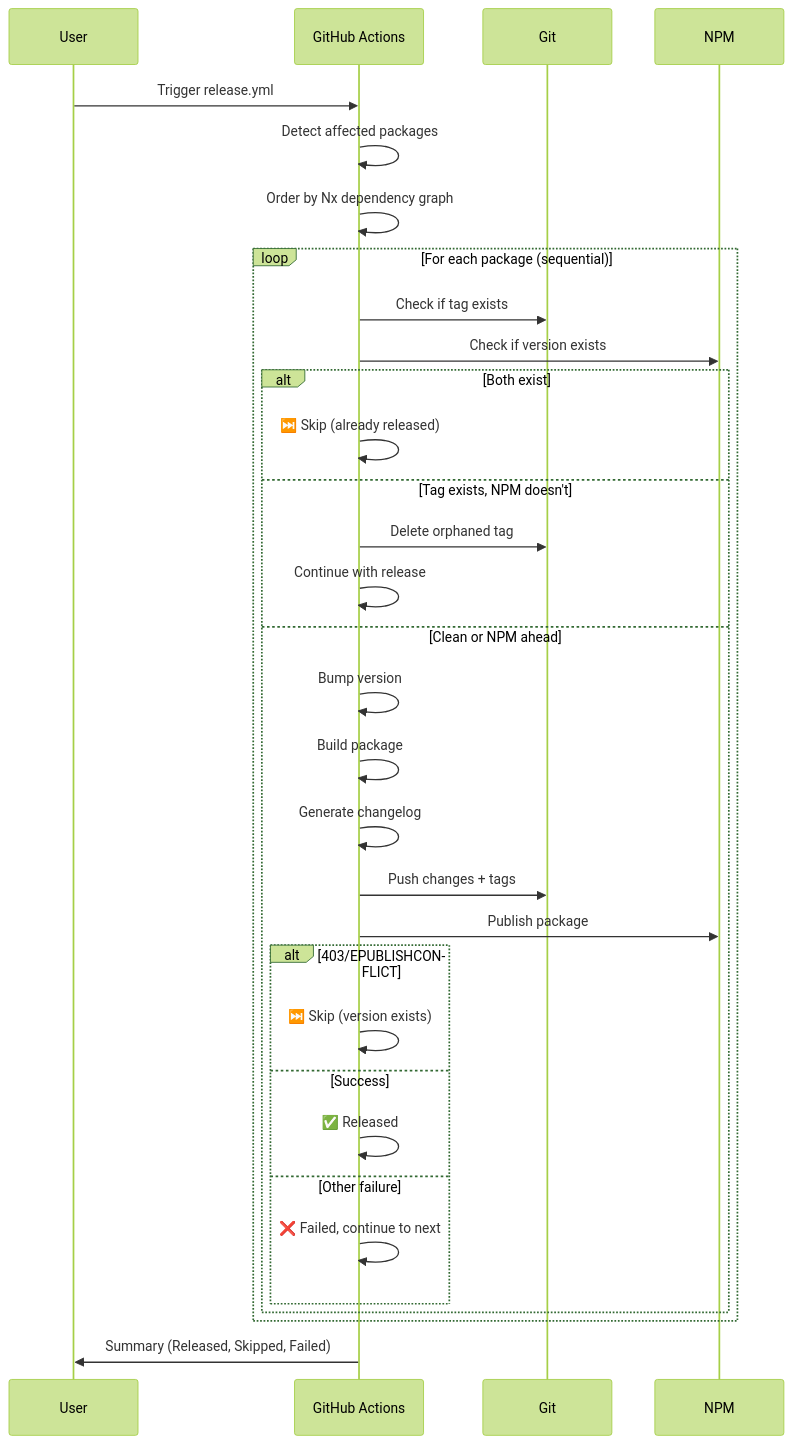
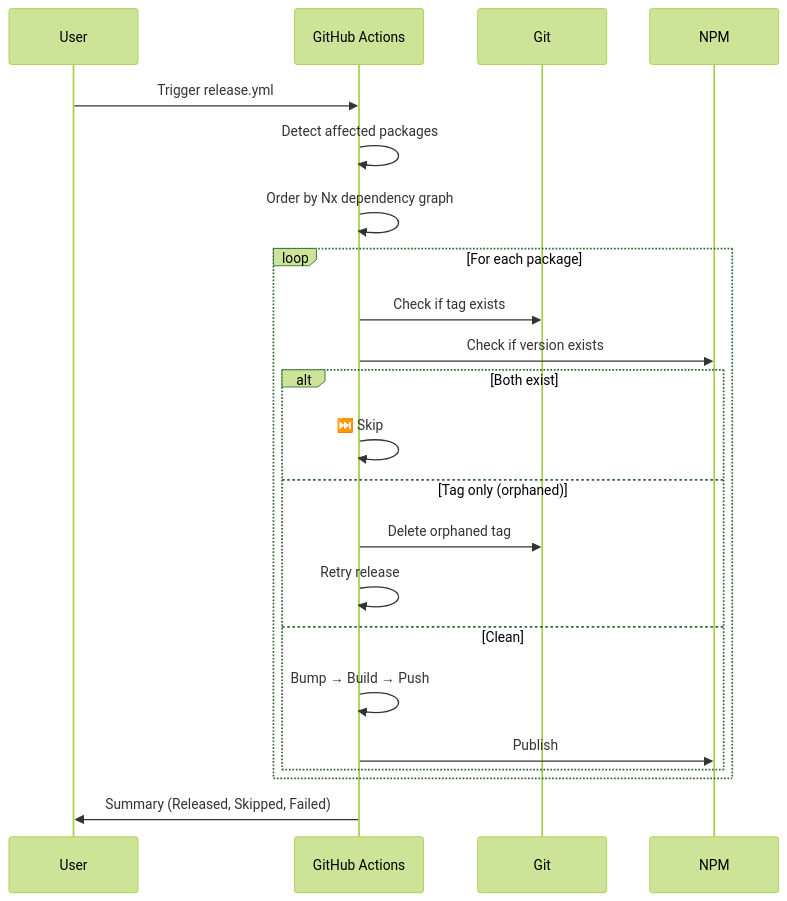
Before and after one commit to ofri-peretz/eslint: the third of 5 diagrams in .github/CICD_PIPELINE.md, drawn with Mermaid (forest theme). The commit also changed other lines of this file and 3 other files, not shown here.

````diff
--- a/.github/CICD_PIPELINE.md
+++ b/.github/CICD_PIPELINE.md
@@ -1233,40 +230,28 @@
 ```mermaid
 sequenceDiagram
     participant User
     participant GHA as GitHub Actions
     participant Git
     participant NPM
 
     User->>GHA: Trigger release.yml
-
     GHA->>GHA: Detect affected packages
     GHA->>GHA: Order by Nx dependency graph
 
-    loop For each package (sequential)
+    loop For each package
         GHA->>Git: Check if tag exists
         GHA->>NPM: Check if version exists
 
         alt Both exist
-            GHA->>GHA: ⏭️ Skip (already released)
-        else Tag exists, NPM doesn't
+            GHA->>GHA: ⏭️ Skip
+        else Tag only (orphaned)
             GHA->>Git: Delete orphaned tag
-            GHA->>GHA: Continue with release
-        else Clean or NPM ahead
-            GHA->>GHA: Bump version
-            GHA->>GHA: Build package
-            GHA->>GHA: Generate changelog
-            GHA->>Git: Push changes + tags
-            GHA->>NPM: Publish package
-
-            alt 403/EPUBLISHCONFLICT
-                GHA->>GHA: ⏭️ Skip (version exists)
-            else Success
-                GHA->>GHA: ✅ Released
-            else Other failure
-                GHA->>GHA: ❌ Failed, continue to next
-            end
+            GHA->>GHA: Retry release
+        else Clean
+            GHA->>GHA: Bump → Build → Push
+            GHA->>NPM: Publish
         end
     end
 
     GHA->>User: Summary (Released, Skipped, Failed)
 ```
````
